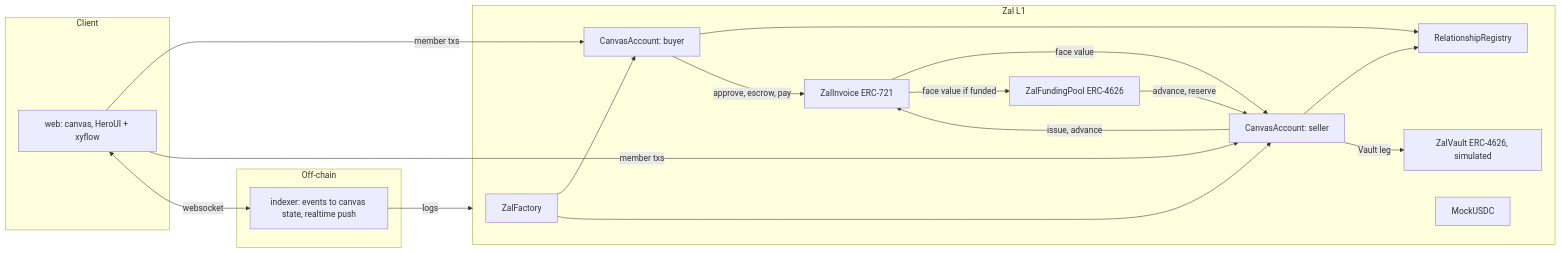
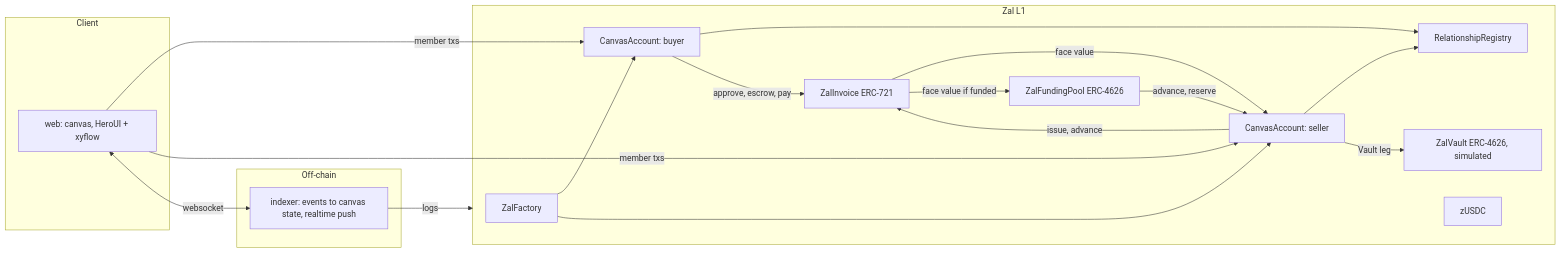
Before and after one commit to HoangDucBach/zal: the diagram in docs/architecture/README.md, drawn with Mermaid. The commit also changed 48 other files, not shown here.

First line of the commit message:
refactor!: rename MockUSDC to ZUSDC (zUSDC)

````diff
--- a/docs/architecture/README.md
+++ b/docs/architecture/README.md
@@ -12,31 +12,31 @@
 ```mermaid
 flowchart LR
     subgraph Client
         W[web: canvas, HeroUI + xyflow]
     end
     subgraph Off-chain
         IX[indexer: events to canvas state, realtime push]
     end
     subgraph L1[Zal L1]
         F[ZalFactory]
         A1[CanvasAccount: buyer]
         A2[CanvasAccount: seller]
         R[RelationshipRegistry]
         I[ZalInvoice ERC-721]
         P[ZalFundingPool ERC-4626]
         V[ZalVault ERC-4626, simulated]
-        U[MockUSDC]
+        U[zUSDC]
     end
     W -- member txs --> A1
     W -- member txs --> A2
     W <-- websocket --> IX
     IX -- logs --> L1
     F --> A1 & A2
     A1 & A2 --> R
     A1 -- approve, escrow, pay --> I
     A2 -- issue, advance --> I
     I -- face value --> A2
     I -- face value if funded --> P
     P -- advance, reserve --> A2
     A2 -- Vault leg --> V
 ```
````
